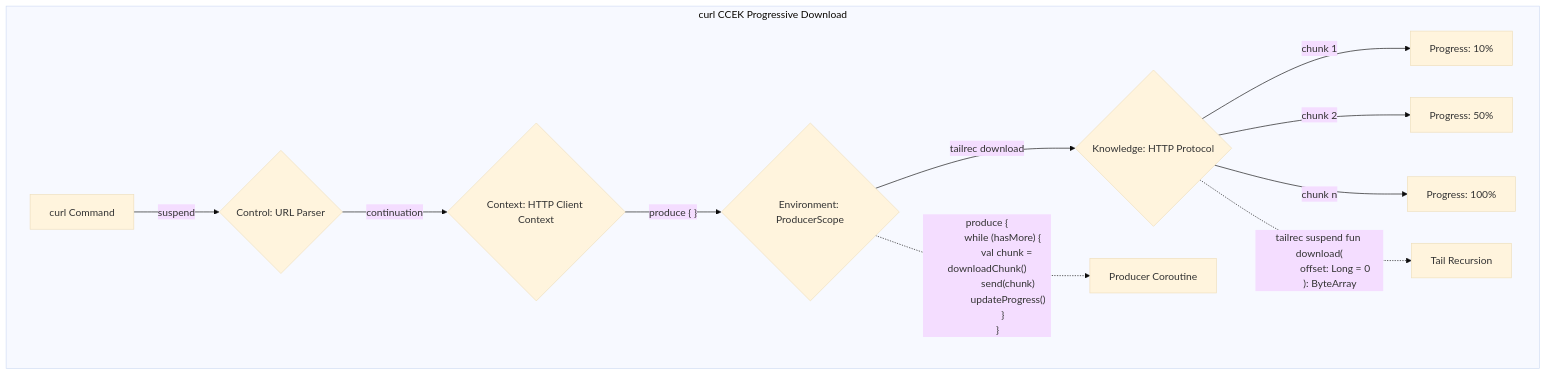
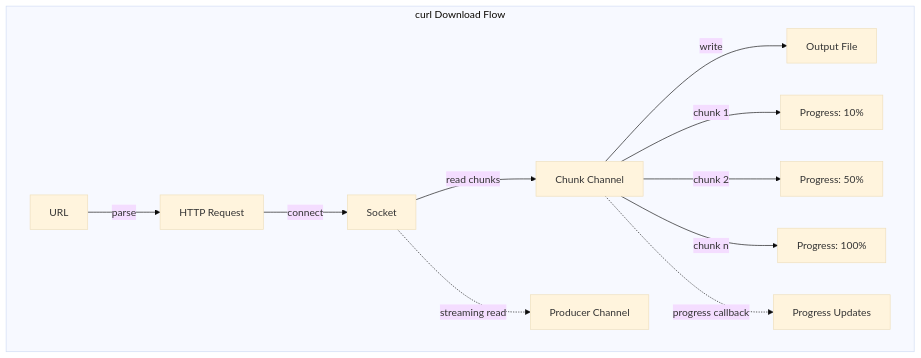
The fourth of 8 diagrams in CHANNEL_CCEK_TODO.md (jnorthrup/superbikeshed), drawn with Mermaid (base theme) before and after one commit. The commit also changed other lines of this file, not shown here.

````diff
--- a/CHANNEL_CCEK_TODO.md
+++ b/CHANNEL_CCEK_TODO.md
@@ -107,25 +94,16 @@
 ```mermaid
 flowchart TD
-    subgraph "curl CCEK Progressive Download"
-        A[curl Command] -->|suspend| B{Control: URL Parser}
-        B -->|continuation| C{Context: HTTP Client Context}
-        C -->|"produce<ByteArray> { }"| D{Environment: ProducerScope}
-        D -->|tailrec download| E{Knowledge: HTTP Protocol}
+    subgraph "curl Download Flow"
+        A[URL] -->|parse| B[HTTP Request]
+        B -->|connect| C[Socket]
+        C -->|read chunks| D[Chunk Channel]
+        D -->|write| E[Output File]
         
-        E -->|chunk 1| F[Progress: 10%]
-        E -->|chunk 2| G[Progress: 50%]
-        E -->|chunk n| H[Progress: 100%]
+        D -->|chunk 1| F[Progress: 10%]
+        D -->|chunk 2| G[Progress: 50%]
+        D -->|chunk n| H[Progress: 100%]
         
-        D -.->|"produce<ByteArray> {
-            while (hasMore) {
-                val chunk = downloadChunk()
-                send(chunk)
-                updateProgress()
-            }
-        }"| PS[Producer Coroutine]
-        
-        E -.->|"tailrec suspend fun download(
-            offset: Long = 0
-        ): ByteArray"| TR[Tail Recursion]
+        C -.->|streaming read| PS[Producer Channel]
+        D -.->|progress callback| PR[Progress Updates]
     end
 ```
````
